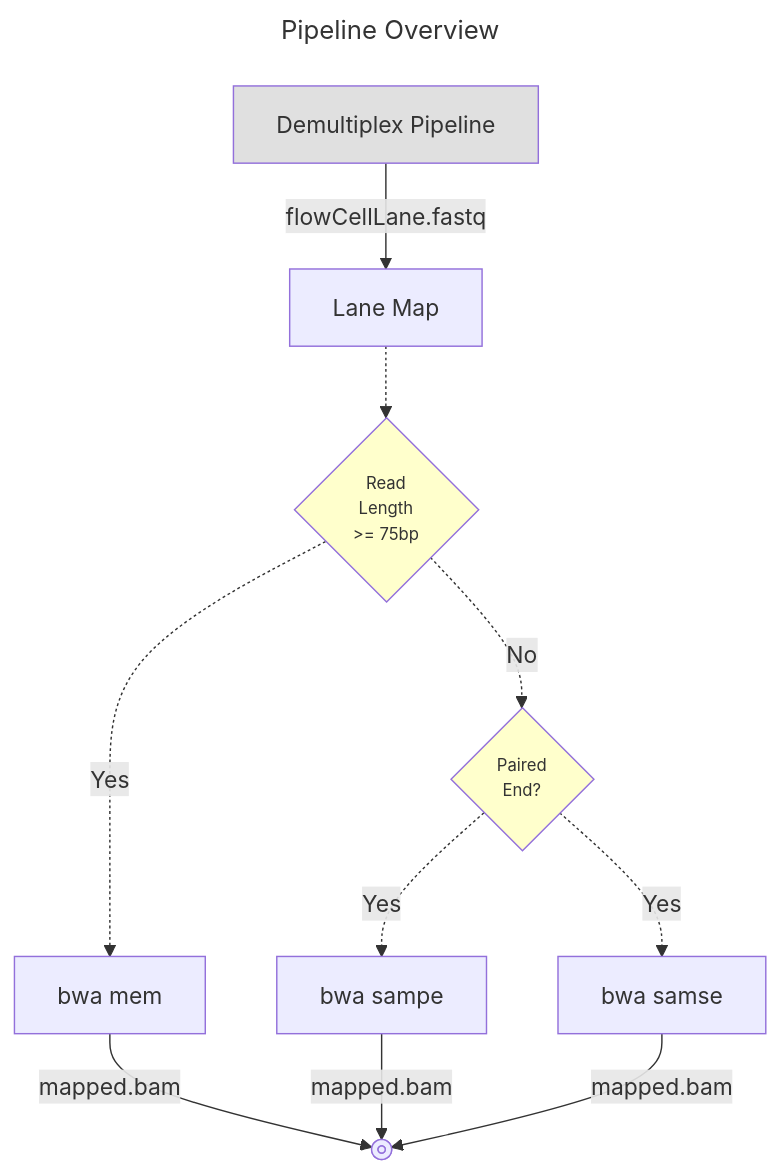
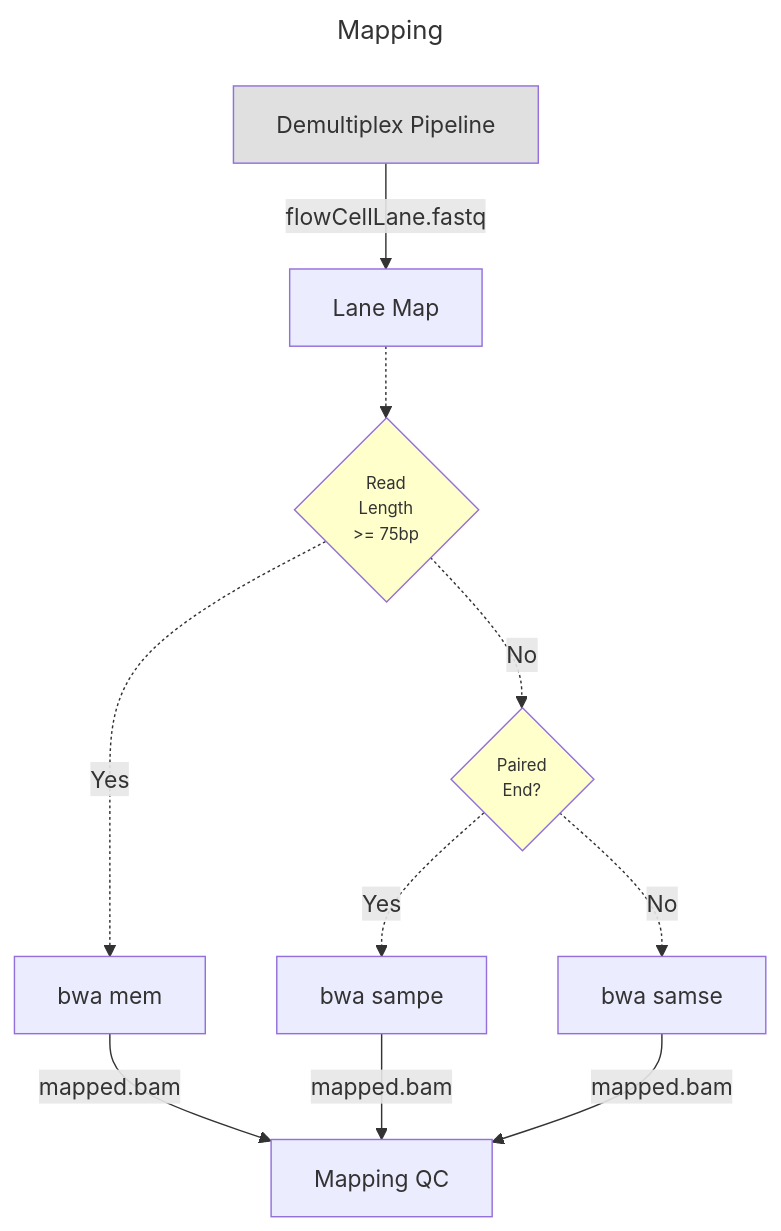
One commit to NorthwestGenomicsCenter/nwgc-nf-shortread-dna-seq changed the second of 3 diagrams in README.MD. Above: the diagram before and after it, drawn with Mermaid. The commit also changed other lines of this file, not shown here.

Commit message:
README.MD - added some mermaid charts

````diff
--- a/README.MD
+++ b/README.MD
@@ -30,26 +30,26 @@
 ```mermaid
 ---
-title: Pipeline Overview
+title: Mapping
 ---
 flowchart TD
     A["Demultiplex Pipeline"] -- "flowCellLane.fastq" --> B
     style A fill:#E0E0E0
     B["Lane Map"] .-> C
     C@{shape: diamond, label: "Read<BR> Length<BR> >= 75bp"}
     style C fill:#ffffcc
     style C font-size:0.9em
     C -. "Yes" .-> D
     D["bwa mem"]
     C -. "No" .-> E
     E@{ shape: diamond, label: "Paired<BR> End?" }
     style E fill:#ffffcc
     style E font-size:0.9em
     E -. "Yes" .-> F
     F["bwa sampe"]
-    E -. "Yes" .-> G
+    E -. "No" .-> G
     G["bwa samse"]
     D -- "mapped.bam" --> H
     F -- "mapped.bam" --> H
     G -- "mapped.bam" --> H
-    H@{ shape: fr-circ}
+    H["Mapping QC"]
 ```
````
